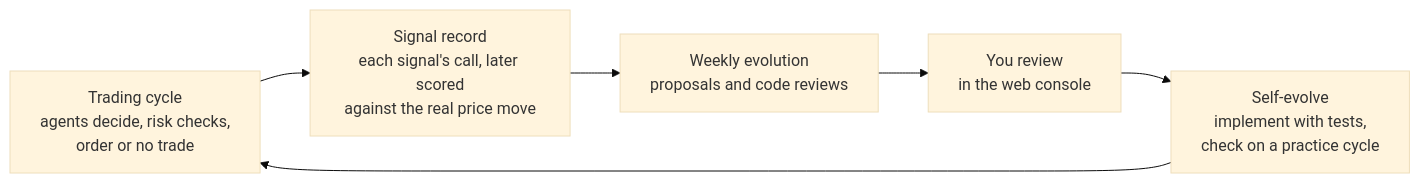
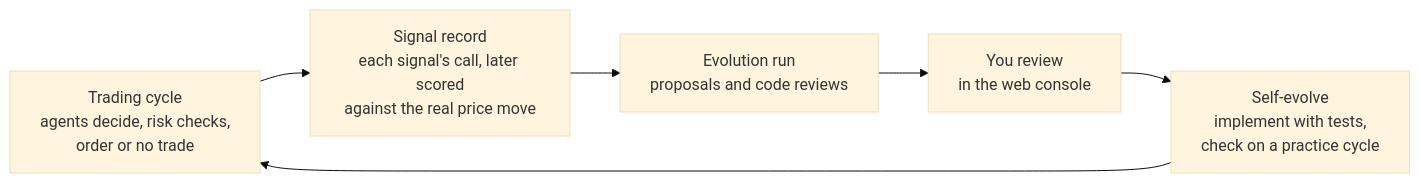
Before and after one commit to AdamCYH/evotrader: the diagram in README.md, drawn with Mermaid (base theme). The commit also changed other lines of this file and 1 other file, not shown here.

First line of the commit message:
Describe the instrument and the evolution cadence as they are configured

````diff
--- a/README.md
+++ b/README.md
@@ -51,8 +54,8 @@
 ```mermaid
 flowchart LR
     A["Trading cycle<br/>agents decide, risk checks,<br/>order or no trade"] --> B["Signal record<br/>each signal's call, later scored<br/>against the real price move"]
-    B --> C["Weekly evolution<br/>proposals and code reviews"]
+    B --> C["Evolution run<br/>proposals and code reviews"]
     C --> D["You review<br/>in the web console"]
     D --> E["Self-evolve<br/>implement with tests,<br/>check on a practice cycle"]
     E --> A
 ```
````
